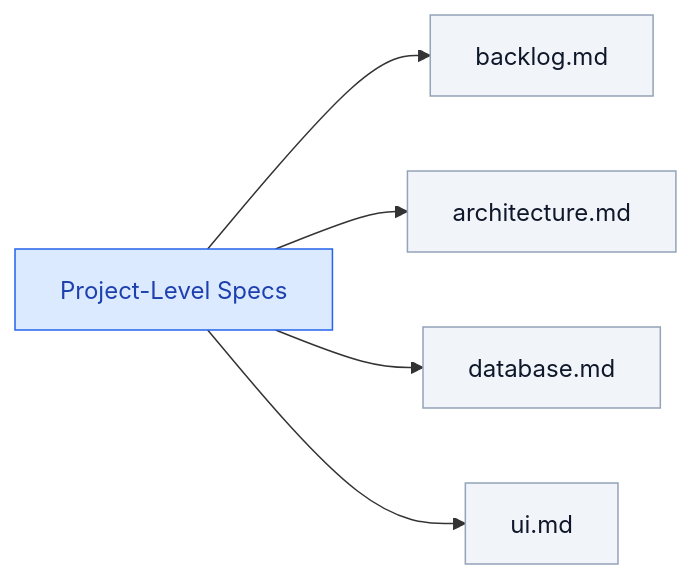
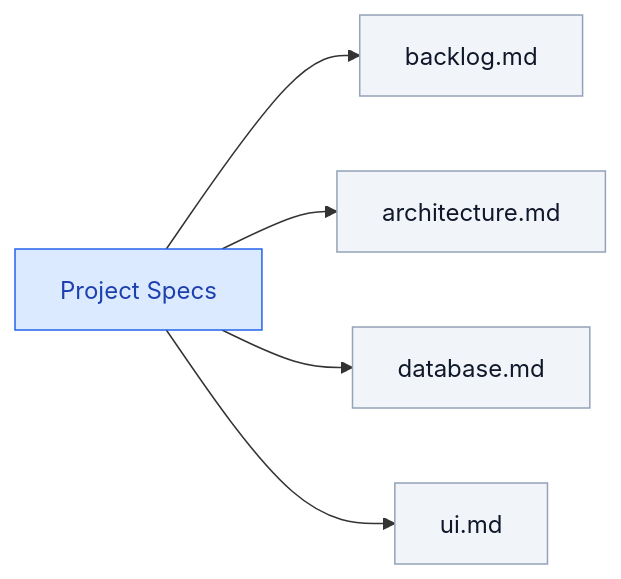
One commit to mtov/AgileSpec changed the third of 7 diagrams in README.md. Above: the diagram before and after it, drawn with Mermaid. The commit also changed other lines of this file, not shown here.

````diff
--- a/README.md
+++ b/README.md
@@ -90,16 +121,16 @@
 ```mermaid
 
 flowchart LR
-    P["Project-Level Specs"]
+    P["Project Specs"]
 
     P --> B["backlog.md"]
     P --> A["architecture.md"]
     P --> D["database.md"]
     P --> U["ui.md"]
 
     classDef root fill:#dbeafe,stroke:#2563eb,color:#1e40af
     classDef doc fill:#f1f5f9,stroke:#94a3b8,color:#0f172a
 
     class P root
     class B,A,D,U doc
 ```
````
